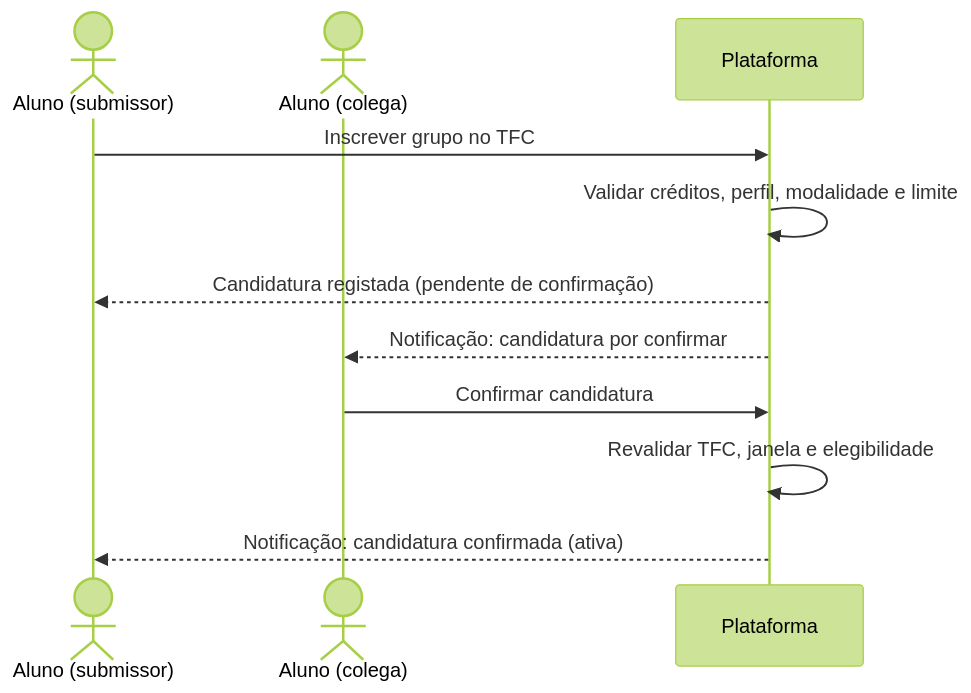
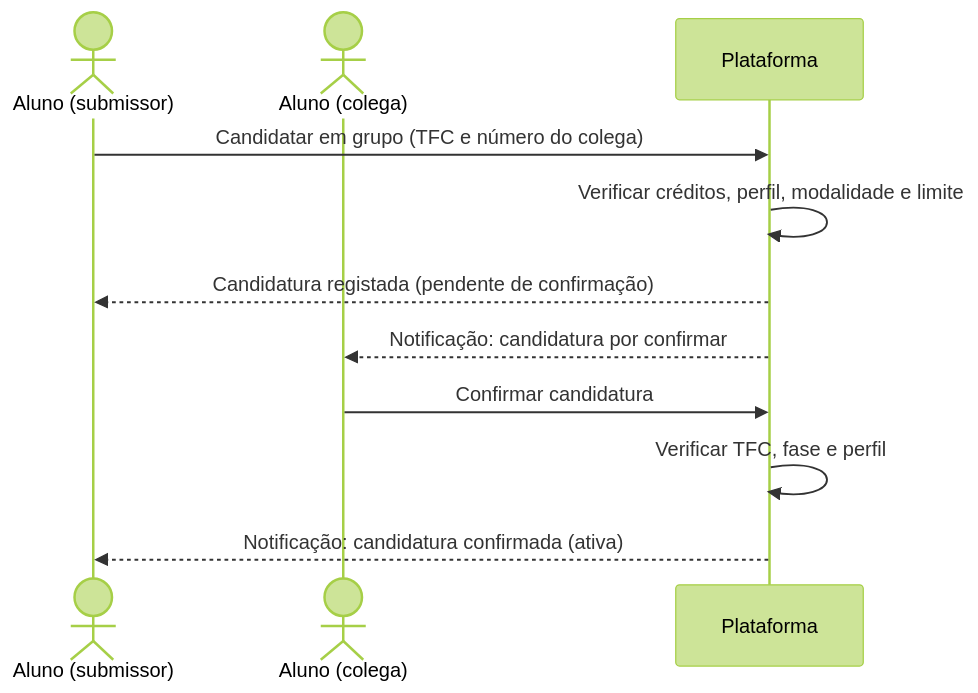
The fourth of 7 diagrams in Processos.md (ULHT-TFC-new/tfc-avaliacao-reporting), drawn with Mermaid (forest theme) before and after one commit. The commit also changed other lines of this file, not shown here.

````diff
--- a/Processos.md
+++ b/Processos.md
@@ -328,13 +418,13 @@
 ```mermaid
 sequenceDiagram
     actor S as Aluno (submissor)
     actor C as Aluno (colega)
     participant P as Plataforma
-    S->>P: Inscrever grupo no TFC
-    P->>P: Validar créditos, perfil, modalidade e limite
+    S->>P: Candidatar em grupo (TFC e número do colega)
+    P->>P: Verificar créditos, perfil, modalidade e limite
     P-->>S: Candidatura registada (pendente de confirmação)
     P-->>C: Notificação: candidatura por confirmar
     C->>P: Confirmar candidatura
-    P->>P: Revalidar TFC, janela e elegibilidade
+    P->>P: Verificar TFC, fase e perfil
     P-->>S: Notificação: candidatura confirmada (ativa)
 ```
````
